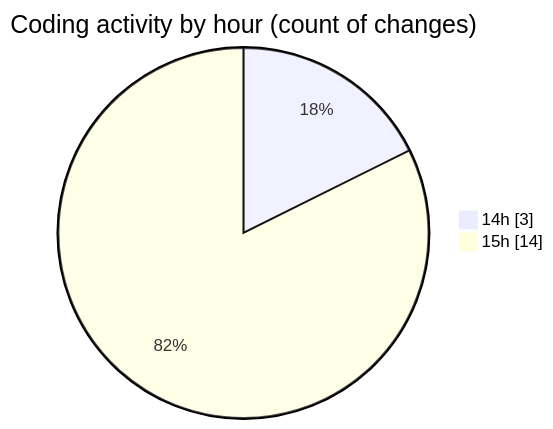
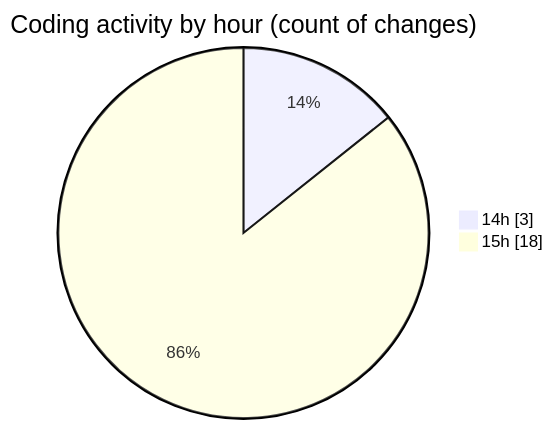
One commit to idhammustaqopulfikri/code-tracking changed the second of 2 diagrams in 2025-05-30/studio-backend/README.md. Above: the diagram before and after it, drawn with Mermaid. The commit also changed other lines of this file and 1 other file, not shown here.

````diff
--- a/2025-05-30/studio-backend/README.md
+++ b/2025-05-30/studio-backend/README.md
@@ -36,6 +38,6 @@
 ```mermaid
 pie showData
 title Coding activity by hour (count of changes)
 "14h" : 3
-"15h" : 14
+"15h" : 18
 ```
````
